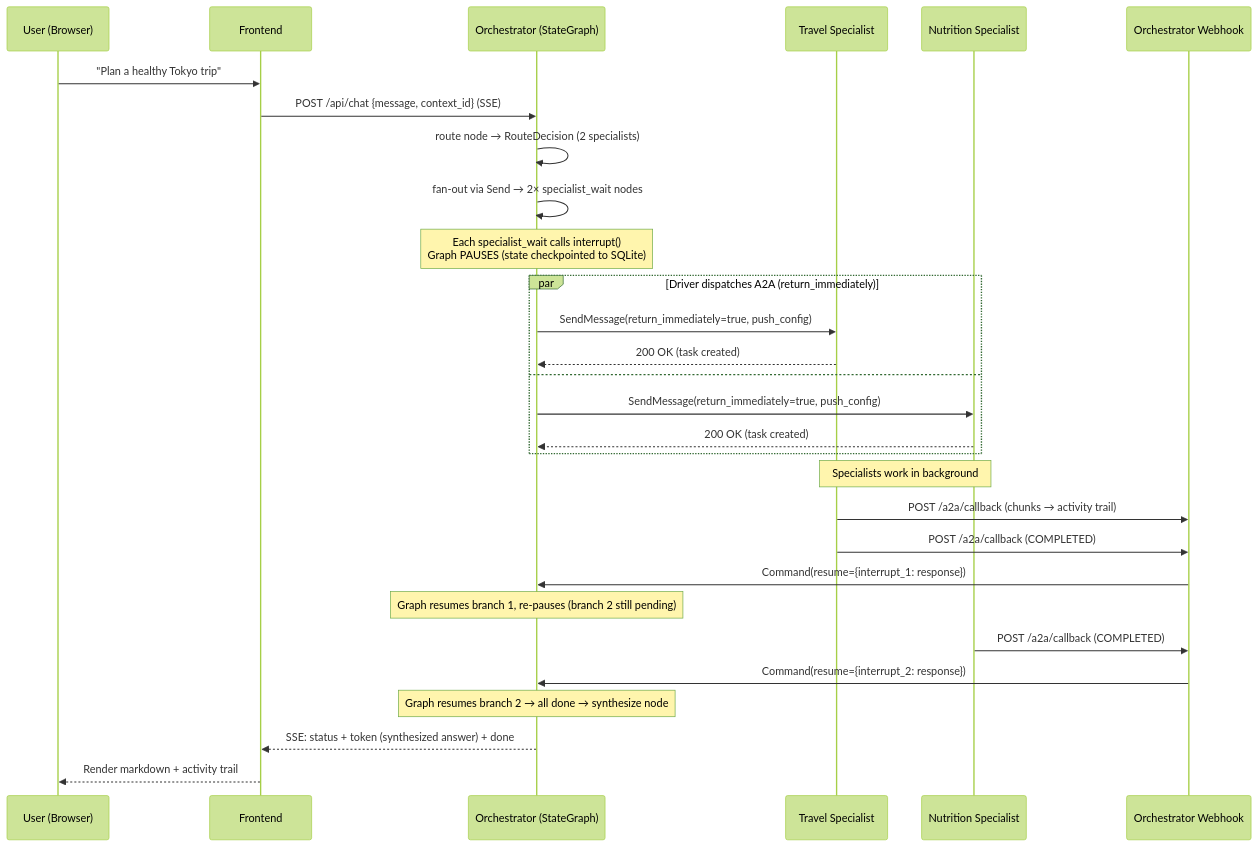
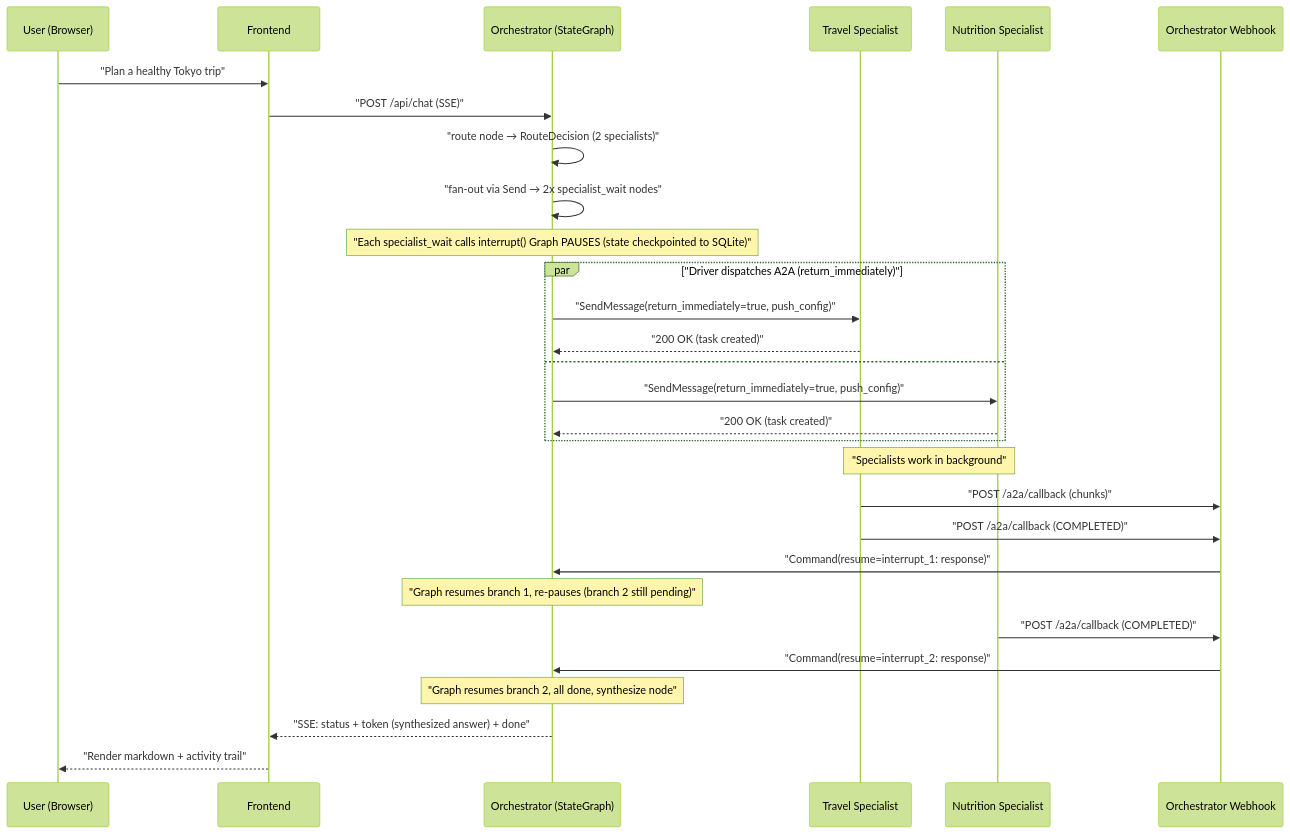
The second of 7 diagrams in README.md (chandra447/nimbus-chat), drawn with Mermaid (forest theme) before and after one commit. The commit also changed other lines of this file, not shown here.

Commit message:
Fix README Mermaid diagrams

````diff
--- a/README.md
+++ b/README.md
@@ -56,36 +56,36 @@
 ```mermaid
 sequenceDiagram
     participant U as User (Browser)
     participant F as Frontend
     participant O as Orchestrator (StateGraph)
     participant S1 as Travel Specialist
     participant S2 as Nutrition Specialist
     participant WH as Orchestrator Webhook
 
     U->>F: "Plan a healthy Tokyo trip"
-    F->>O: POST /api/chat {message, context_id} (SSE)
-    O->>O: route node → RouteDecision (2 specialists)
-    O->>O: fan-out via Send → 2× specialist_wait nodes
-    Note over O: Each specialist_wait calls interrupt()<br/>Graph PAUSES (state checkpointed to SQLite)
+    F->>O: "POST /api/chat (SSE)"
+    O->>O: "route node → RouteDecision (2 specialists)"
+    O->>O: "fan-out via Send → 2x specialist_wait nodes"
+    Note over O: "Each specialist_wait calls interrupt()  Graph PAUSES (state checkpointed to SQLite)"
 
-    par Driver dispatches A2A (return_immediately)
-        O->>S1: SendMessage(return_immediately=true, push_config)
-        S1-->>O: 200 OK (task created)
+    par "Driver dispatches A2A (return_immediately)"
+        O->>S1: "SendMessage(return_immediately=true, push_config)"
+        S1-->>O: "200 OK (task created)"
     and
-        O->>S2: SendMessage(return_immediately=true, push_config)
-        S2-->>O: 200 OK (task created)
+        O->>S2: "SendMessage(return_immediately=true, push_config)"
+        S2-->>O: "200 OK (task created)"
     end
-    Note over S1,S2: Specialists work in background
+    Note over S1,S2: "Specialists work in background"
 
-    S1->>WH: POST /a2a/callback (chunks → activity trail)
-    S1->>WH: POST /a2a/callback (COMPLETED)
-    WH->>O: Command(resume={interrupt_1: response})
-    Note over O: Graph resumes branch 1, re-pauses (branch 2 still pending)
+    S1->>WH: "POST /a2a/callback (chunks)"
+    S1->>WH: "POST /a2a/callback (COMPLETED)"
+    WH->>O: "Command(resume=interrupt_1: response)"
+    Note over O: "Graph resumes branch 1, re-pauses (branch 2 still pending)"
 
-    S2->>WH: POST /a2a/callback (COMPLETED)
-    WH->>O: Command(resume={interrupt_2: response})
-    Note over O: Graph resumes branch 2 → all done → synthesize node
+    S2->>WH: "POST /a2a/callback (COMPLETED)"
+    WH->>O: "Command(resume=interrupt_2: response)"
+    Note over O: "Graph resumes branch 2, all done, synthesize node"
 
-    O-->>F: SSE: status + token (synthesized answer) + done
-    F-->>U: Render markdown + activity trail
+    O-->>F: "SSE: status + token (synthesized answer) + done"
+    F-->>U: "Render markdown + activity trail"
 ```
````
